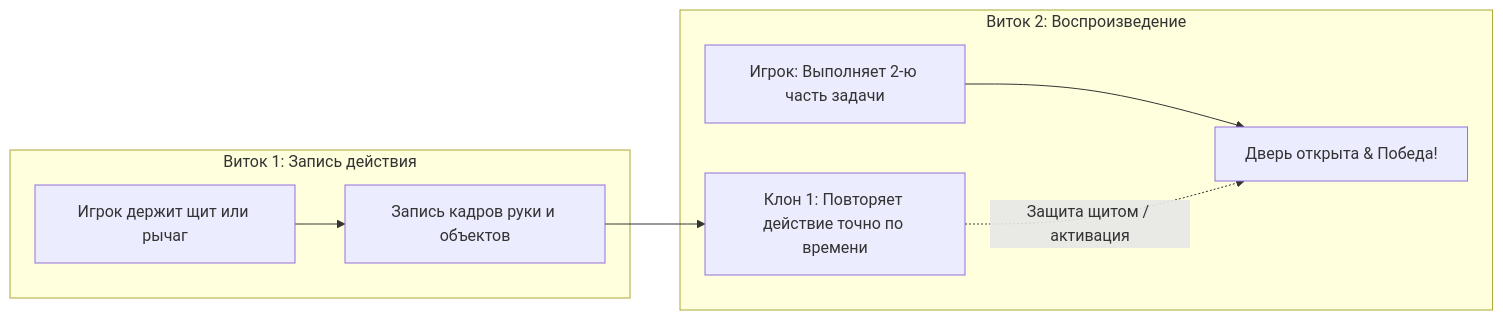
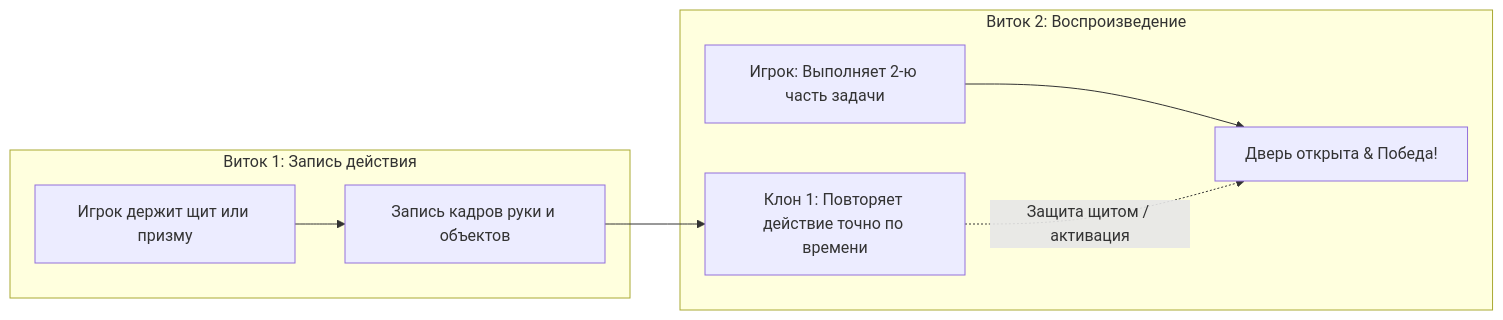
Before and after one commit to UNI-ROOM/admit-hackathon-2026: the diagram in README.md, drawn with Mermaid. The commit also changed other lines of this file, not shown here.

````diff
--- a/README.md
+++ b/README.md
@@ -62,11 +57,11 @@
 ```mermaid
 flowchart LR
     subgraph Round1 [Виток 1: Запись действия]
-        A[Игрок держит щит или рычаг] --> B[Запись кадров руки и объектов]
+        A[Игрок держит щит или призму] --> B[Запись кадров руки и объектов]
     end
     subgraph Round2 [Виток 2: Воспроизведение]
         B --> C[Клон 1: Повторяет действие точно по времени]
         D[Игрок: Выполняет 2-ю часть задачи] --> E[Дверь открыта & Победа!]
         C -. Защита щитом / активация .-> E
     end
 ```
````
